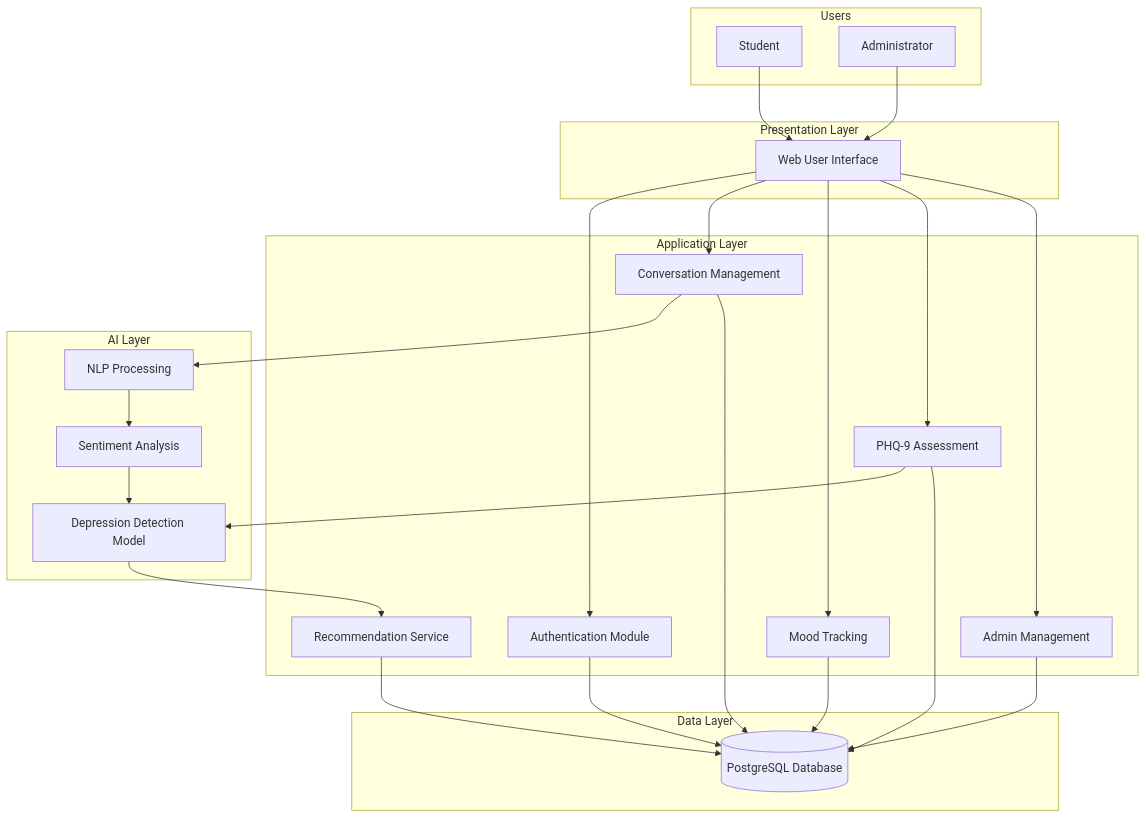
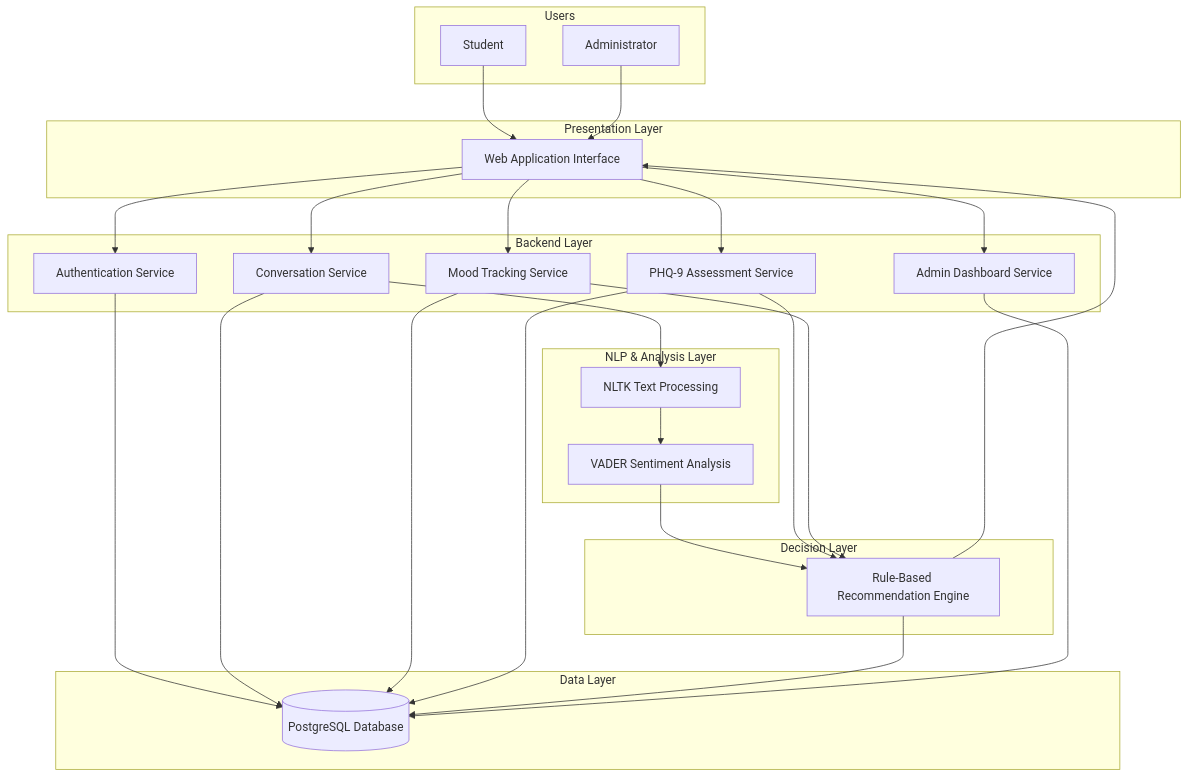
The first of 5 diagrams in README.md (MichealAniC/BuddyAI), drawn with Mermaid before and after one commit. The commit also changed other lines of this file, not shown here.

````diff
--- a/README.md
+++ b/README.md
@@ -99,55 +213,58 @@
 ```mermaid
 flowchart TB
 
     subgraph Users
         Student[Student]
         Admin[Administrator]
     end
 
     subgraph Presentation Layer
-        WebUI[Web User Interface]
+        WebUI[Web Application Interface]
     end
 
-    subgraph Application Layer
-        Auth[Authentication Module]
-        Chat[Conversation Management]
-        Mood[Mood Tracking]
-        PHQ[PHQ-9 Assessment]
-        Recommender[Recommendation Service]
-        AdminService[Admin Management]
+    subgraph Backend Layer
+        Auth[Authentication Service]
+        Chat[Conversation Service]
+        Mood[Mood Tracking Service]
+        PHQ[PHQ-9 Assessment Service]
+        AdminService[Admin Dashboard Service]
     end
 
-    subgraph AI Layer
-        NLP[NLP Processing]
-        Sentiment[Sentiment Analysis]
-        RiskModel[Depression Detection Model]
+    subgraph NLP & Analysis Layer
+        NLP[NLTK Text Processing]
+        VADER[VADER Sentiment Analysis]
+    end
+
+    subgraph Decision Layer
+        Recommendation[Rule-Based Recommendation Engine]
     end
 
     subgraph Data Layer
         Database[(PostgreSQL Database)]
     end
 
     Student --> WebUI
     Admin --> WebUI
 
     WebUI --> Auth
     WebUI --> Chat
     WebUI --> Mood
     WebUI --> PHQ
     WebUI --> AdminService
 
     Chat --> NLP
-    NLP --> Sentiment
-    Sentiment --> RiskModel
+    NLP --> VADER
 
-    PHQ --> RiskModel
-
-    RiskModel --> Recommender
+    VADER --> Recommendation
+    PHQ --> Recommendation
+    Mood --> Recommendation
 
     Auth --> Database
     Chat --> Database
     Mood --> Database
     PHQ --> Database
-    Recommender --> Database
+    Recommendation --> Database
     AdminService --> Database
+
+    Recommendation --> WebUI
 ```
````
